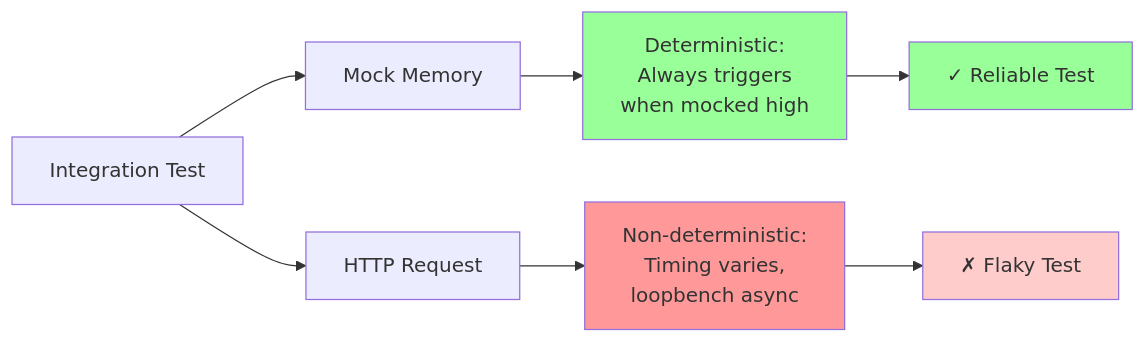
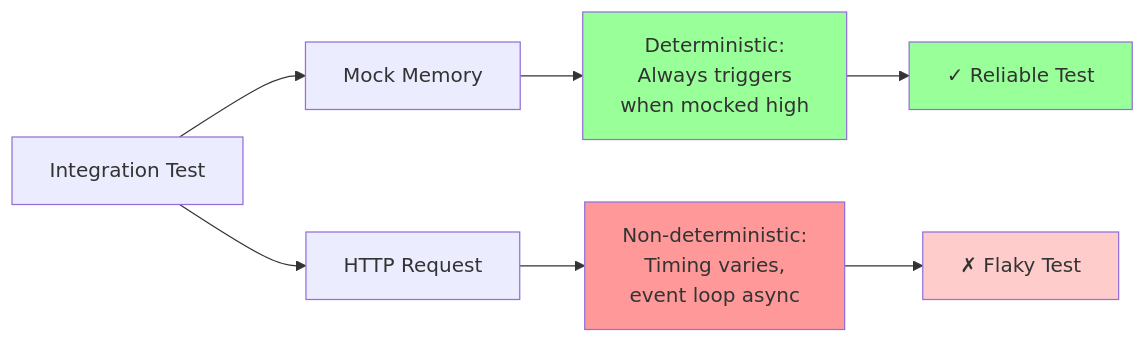
Before and after one commit to andylockran/overload-protection: diagram 12 of 13 in readme.md, drawn with Mermaid. The commit also changed other lines of this file and 16 other files, not shown here.

````diff
--- a/readme.md
+++ b/readme.md
@@ -789,16 +860,16 @@
 ```mermaid
 flowchart LR
     A[Integration Test] --> B[Mock Memory]
     A --> C[HTTP Request]
     
     B --> D[Deterministic:<br/>Always triggers<br/>when mocked high]
-    C --> E[Non-deterministic:<br/>Timing varies,<br/>loopbench async]
+    C --> E[Non-deterministic:<br/>Timing varies,<br/>event loop async]
     
     D --> F[✓ Reliable Test]
     E --> G[✗ Flaky Test]
     
     style D fill:#99ff99
     style E fill:#ff9999
     style F fill:#99ff99
     style G fill:#ffcccc
 ```
````
